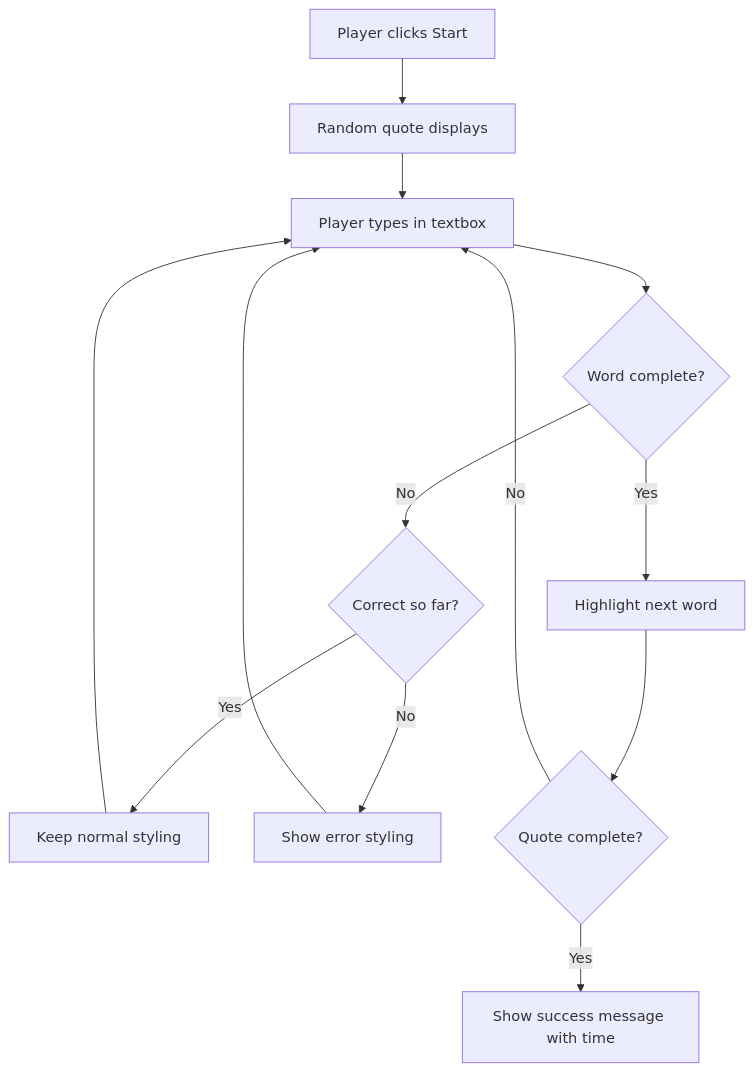
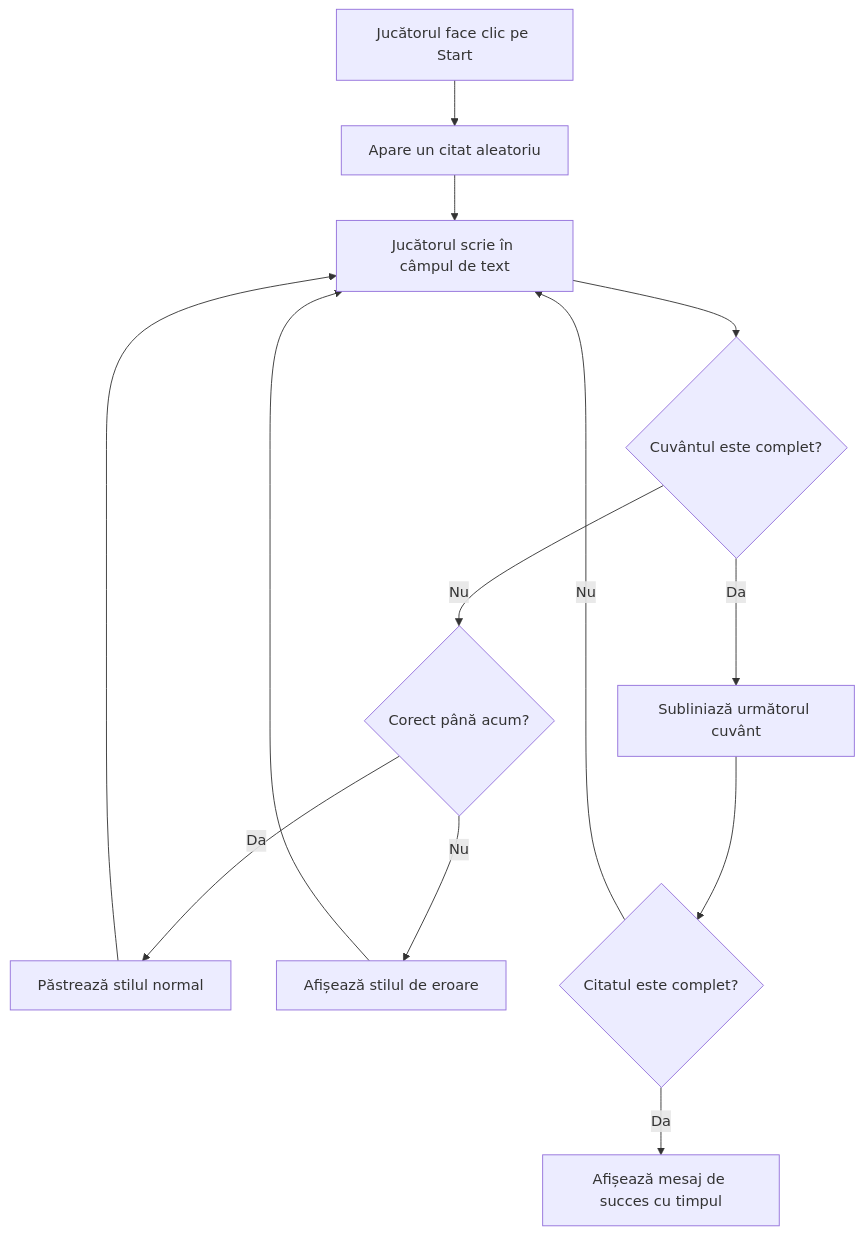
The first of 3 diagrams in translations/ro/4-typing-game/typing-game/README.md (microsoft/Web-Dev-For-Beginners), drawn with Mermaid before and after one commit. The commit also changed other lines of this file and 99 other files, not shown here.

````diff
--- a/translations/ro/4-typing-game/typing-game/README.md
+++ b/translations/ro/4-typing-game/typing-game/README.md
@@ -69,15 +69,15 @@
 ```mermaid
 flowchart TD
-    A[Player clicks Start] --> B[Random quote displays]
-    B --> C[Player types in textbox]
-    C --> D{Word complete?}
-    D -->|Yes| E[Highlight next word]
-    D -->|No| F{Correct so far?}
-    F -->|Yes| G[Keep normal styling]
-    F -->|No| H[Show error styling]
-    E --> I{Quote complete?}
-    I -->|No| C
-    I -->|Yes| J[Show success message with time]
+    A[Jucătorul face clic pe Start] --> B[Apare un citat aleatoriu]
+    B --> C[Jucătorul scrie în câmpul de text]
+    C --> D{Cuvântul este complet?}
+    D -->|Da| E[Subliniază următorul cuvânt]
+    D -->|Nu| F{Corect până acum?}
+    F -->|Da| G[Păstrează stilul normal]
+    F -->|Nu| H[Afișează stilul de eroare]
+    E --> I{Citatul este complet?}
+    I -->|Nu| C
+    I -->|Da| J[Afișează mesaj de succes cu timpul]
     G --> C
     H --> C
 ```
````
